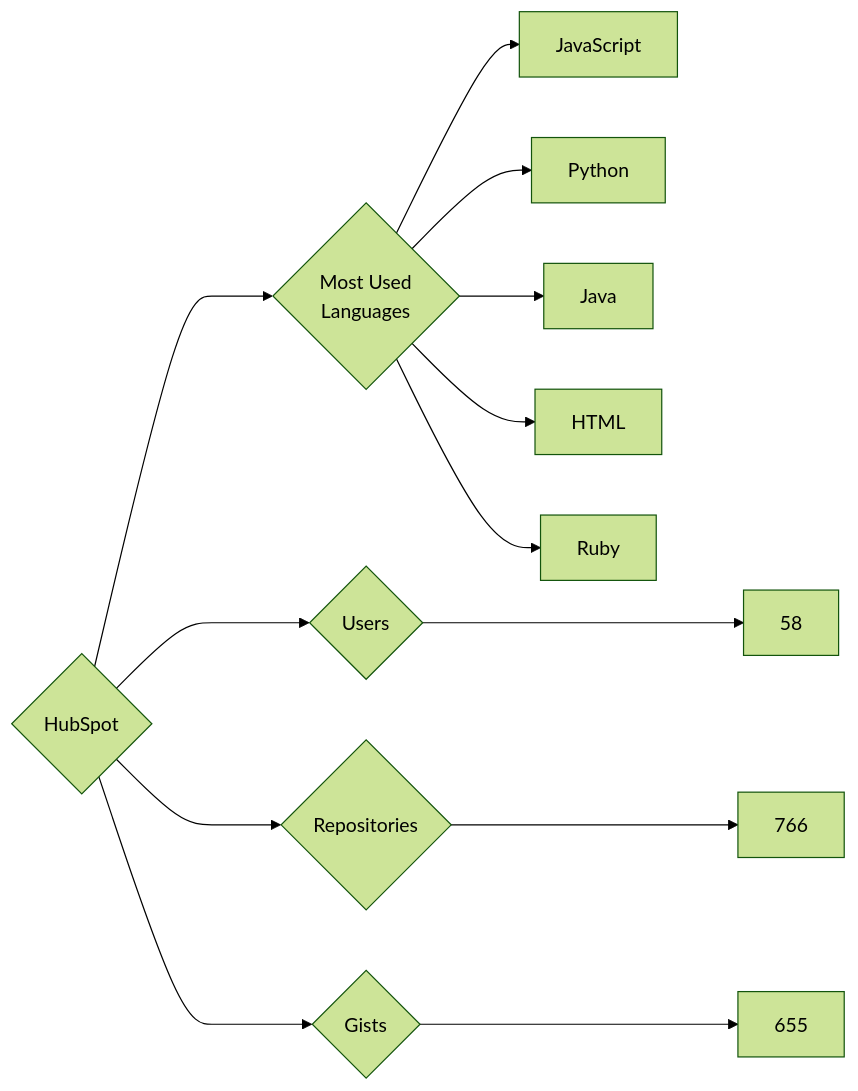
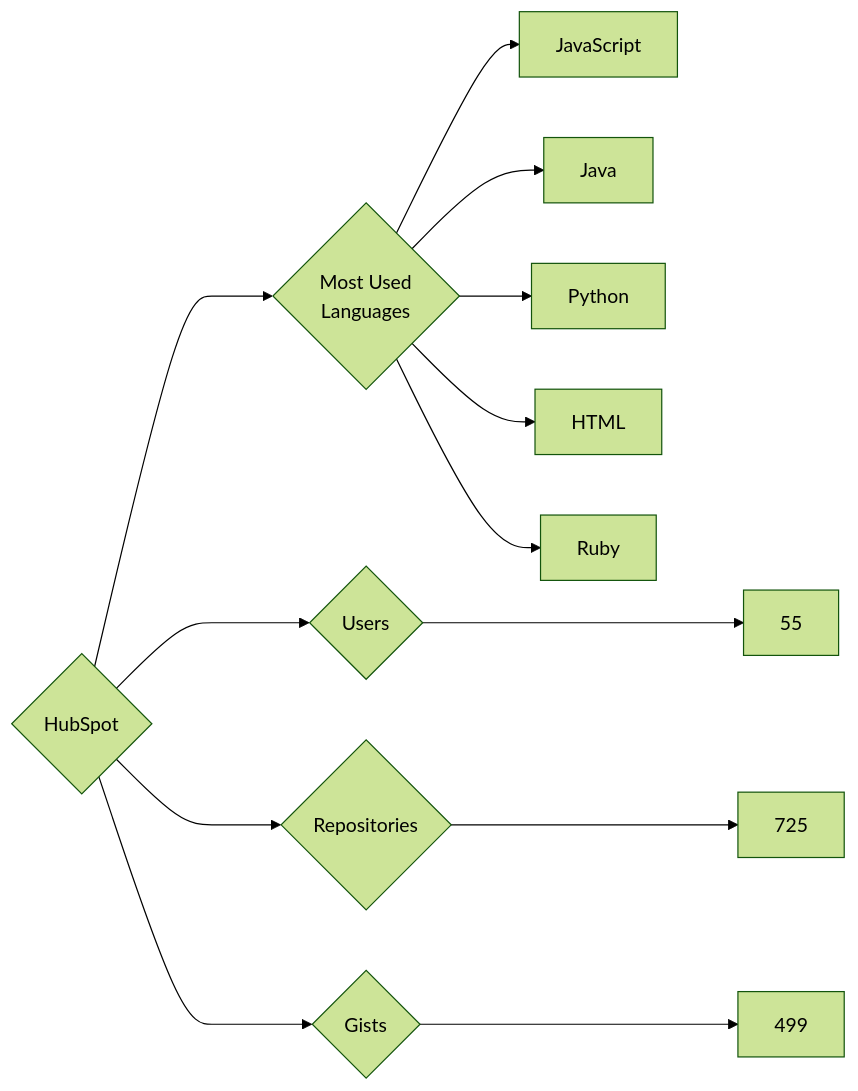
Before and after one commit to trickest/insiders: the diagram in targets/HubSpot/README.md, drawn with Mermaid (forest theme). The commit also changed 914 other files, not shown here.

````diff
--- a/targets/HubSpot/README.md
+++ b/targets/HubSpot/README.md
@@ -3,13 +3,13 @@
 ```mermaid
 graph LR
 COMPANY_NAME{HubSpot}
-COMPANY_NAME ---> U{Users} ---> UN[58]
-COMPANY_NAME ---> R{Repositories} ---> RN[766]
-COMPANY_NAME ---> G{Gists} ---> GN[655]
+COMPANY_NAME ---> U{Users} ---> UN[55]
+COMPANY_NAME ---> R{Repositories} ---> RN[725]
+COMPANY_NAME ---> G{Gists} ---> GN[499]
 COMPANY_NAME ---> ML{Most Used<br>Languages}
 ML --> JavaScript[JavaScript]
+ML --> Java[Java]
 ML --> Python[Python]
-ML --> Java[Java]
 ML --> HTML[HTML]
 ML --> Ruby[Ruby]
 ```
````
